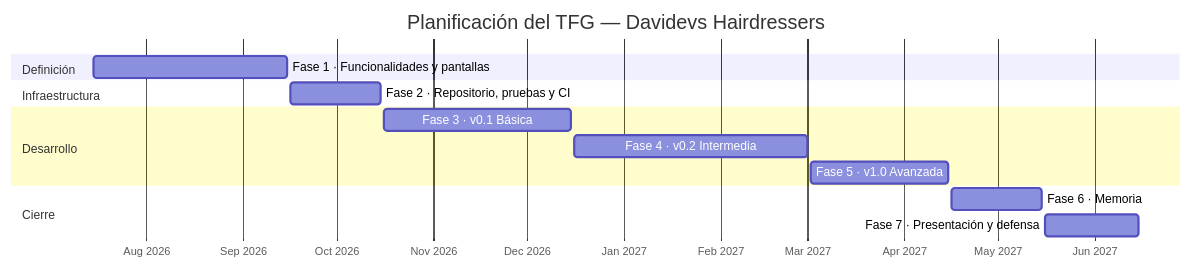
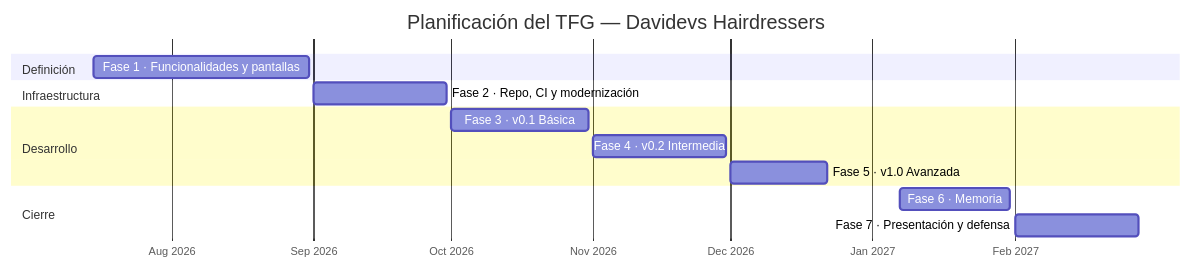
The first of 2 diagrams in README.md (codeurjc-students/2026-daviweb-alvaro), drawn with Mermaid before and after one commit. The commit also changed other lines of this file and 4 other files, not shown here.

````diff
--- a/README.md
+++ b/README.md
@@ -151,22 +166,22 @@
 ```mermaid
 gantt
     title Planificación del TFG — Davidevs Hairdressers
     dateFormat YYYY-MM-DD
     axisFormat %b %Y
     tickInterval 1month
 
     section Definición
-    Fase 1 · Funcionalidades y pantallas   :f1, 2026-07-15, 2026-09-15
+    Fase 1 · Funcionalidades y pantallas   :f1, 2026-07-15, 2026-08-31
 
     section Infraestructura
-    Fase 2 · Repositorio, pruebas y CI     :f2, 2026-09-16, 2026-10-15
+    Fase 2 · Repo, CI y modernización      :f2, 2026-09-01, 2026-09-30
 
     section Desarrollo
-    Fase 3 · v0.1 Básica                   :f3, 2026-10-16, 2026-12-15
-    Fase 4 · v0.2 Intermedia               :f4, 2026-12-16, 2027-03-01
-    Fase 5 · v1.0 Avanzada                 :f5, 2027-03-02, 2027-04-15
+    Fase 3 · v0.1 Básica                   :f3, 2026-10-01, 2026-10-31
+    Fase 4 · v0.2 Intermedia               :f4, 2026-11-01, 2026-11-30
+    Fase 5 · v1.0 Avanzada                 :f5, 2026-12-01, 2026-12-22
 
     section Cierre
-    Fase 6 · Memoria                       :f6, 2027-04-16, 2027-05-15
-    Fase 7 · Presentación y defensa        :f7, 2027-05-16, 2027-06-15
+    Fase 6 · Memoria                       :f6, 2027-01-07, 2027-01-31
+    Fase 7 · Presentación y defensa        :f7, 2027-02-01, 2027-02-28
 ```
````
